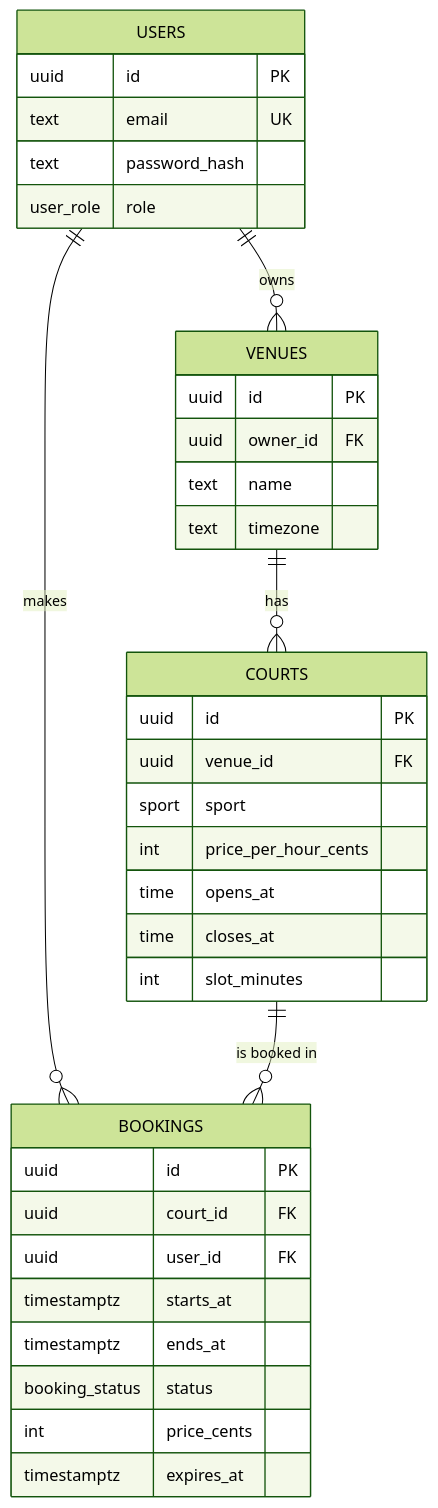
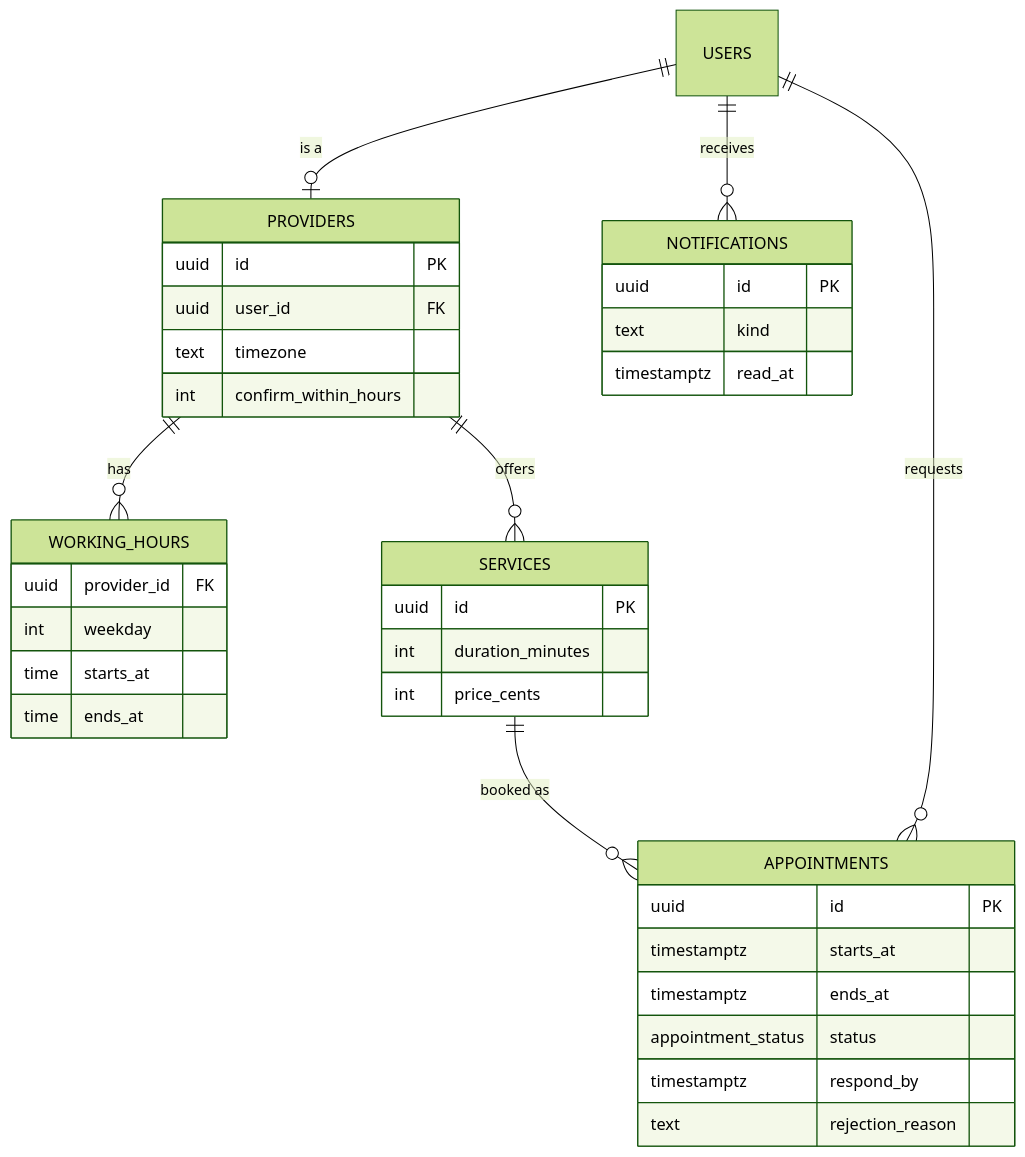
Before and after one commit to pedrofelipe14/appointments-api: the second of 2 diagrams in README.md, drawn with Mermaid (forest theme). The commit also changed other lines of this file and 12 other files, not shown here.

````diff
--- a/README.md
+++ b/README.md
@@ -80,31 +111,30 @@
 ```mermaid
 erDiagram
-  USERS ||--o{ VENUES : owns
-  USERS ||--o{ BOOKINGS : makes
-  VENUES ||--o{ COURTS : has
-  COURTS ||--o{ BOOKINGS : "is booked in"
+  USERS ||--o| PROVIDERS : "is a"
+  PROVIDERS ||--o{ WORKING_HOURS : has
+  PROVIDERS ||--o{ SERVICES : offers
+  SERVICES ||--o{ APPOINTMENTS : "booked as"
+  USERS ||--o{ APPOINTMENTS : requests
+  USERS ||--o{ NOTIFICATIONS : receives
 
-  USERS { uuid id PK
-    text email UK
-    text password_hash
-    user_role role }
-  VENUES { uuid id PK
-    uuid owner_id FK
-    text name
-    text timezone }
-  COURTS { uuid id PK
-    uuid venue_id FK
-    sport sport
-    int price_per_hour_cents
-    time opens_at
-    time closes_at
-    int slot_minutes }
-  BOOKINGS { uuid id PK
-    uuid court_id FK
+  PROVIDERS { uuid id PK
     uuid user_id FK
+    text timezone
+    int confirm_within_hours }
+  WORKING_HOURS { uuid provider_id FK
+    int weekday
+    time starts_at
+    time ends_at }
+  SERVICES { uuid id PK
+    int duration_minutes
+    int price_cents }
+  APPOINTMENTS { uuid id PK
     timestamptz starts_at
     timestamptz ends_at
-    booking_status status
-    int price_cents
-    timestamptz expires_at }
+    appointment_status status
+    timestamptz respond_by
+    text rejection_reason }
+  NOTIFICATIONS { uuid id PK
+    text kind
+    timestamptz read_at }
 ```
````
